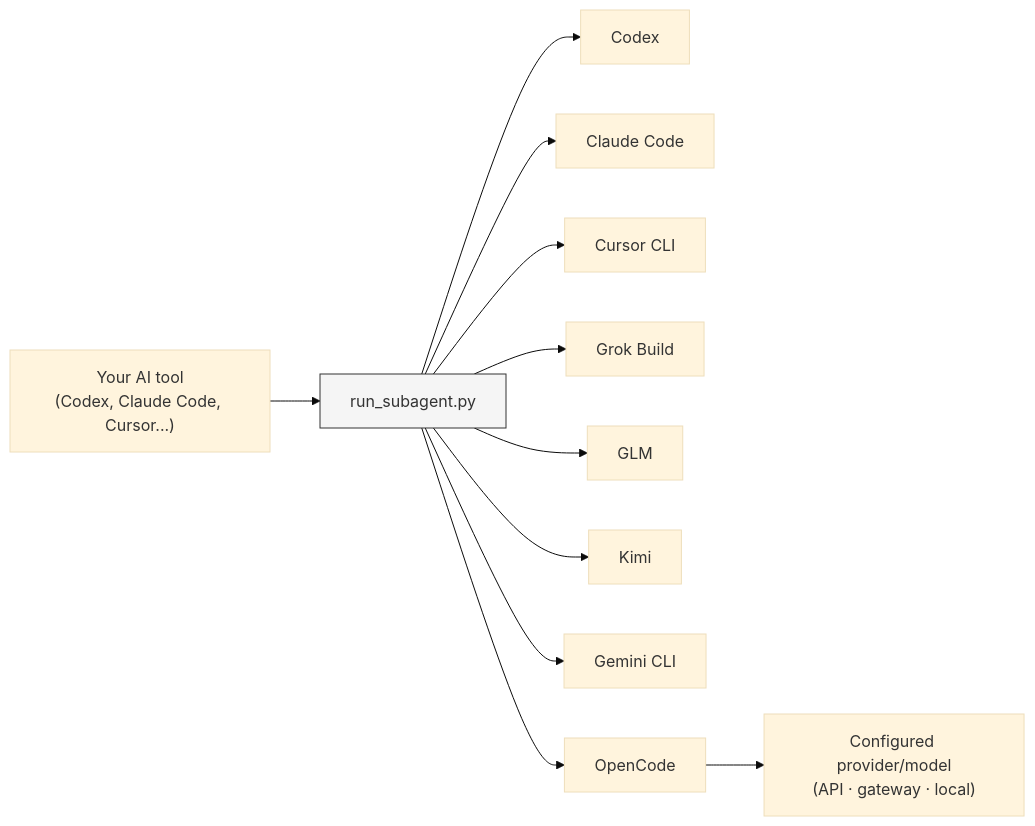
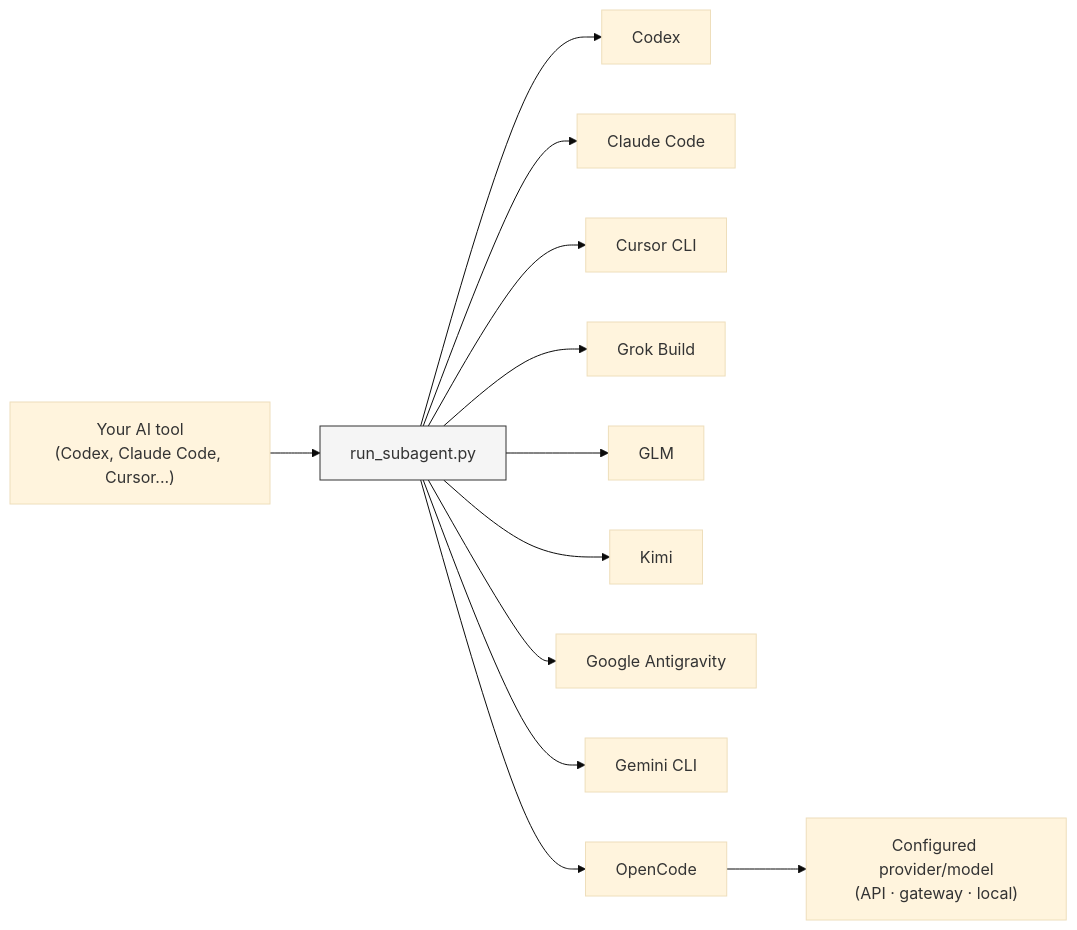
One commit to shinpr/sub-agents-skills changed the diagram in README.md. Above: the diagram before and after it, drawn with Mermaid (base theme). The commit also changed other lines of this file and 14 other files, not shown here.

````diff
--- a/README.md
+++ b/README.md
@@ -13,14 +13,15 @@
 ```mermaid
 graph LR
     A["Your AI tool<br/>(Codex, Claude Code, Cursor...)"] --> B["run_subagent.py"]
     B --> C["Codex"]
     B --> D["Claude Code"]
     B --> E["Cursor CLI"]
     B --> H["Grok Build"]
     B --> G["GLM"]
     B --> K["Kimi"]
-    B --> F["Gemini CLI"]
+    B --> F["Google Antigravity"]
+    B --> GM["Gemini CLI"]
     B --> I["OpenCode"]
     I --> J["Configured provider/model<br/>(API · gateway · local)"]
     style B fill:#f5f5f5,stroke:#333
 ```
````
